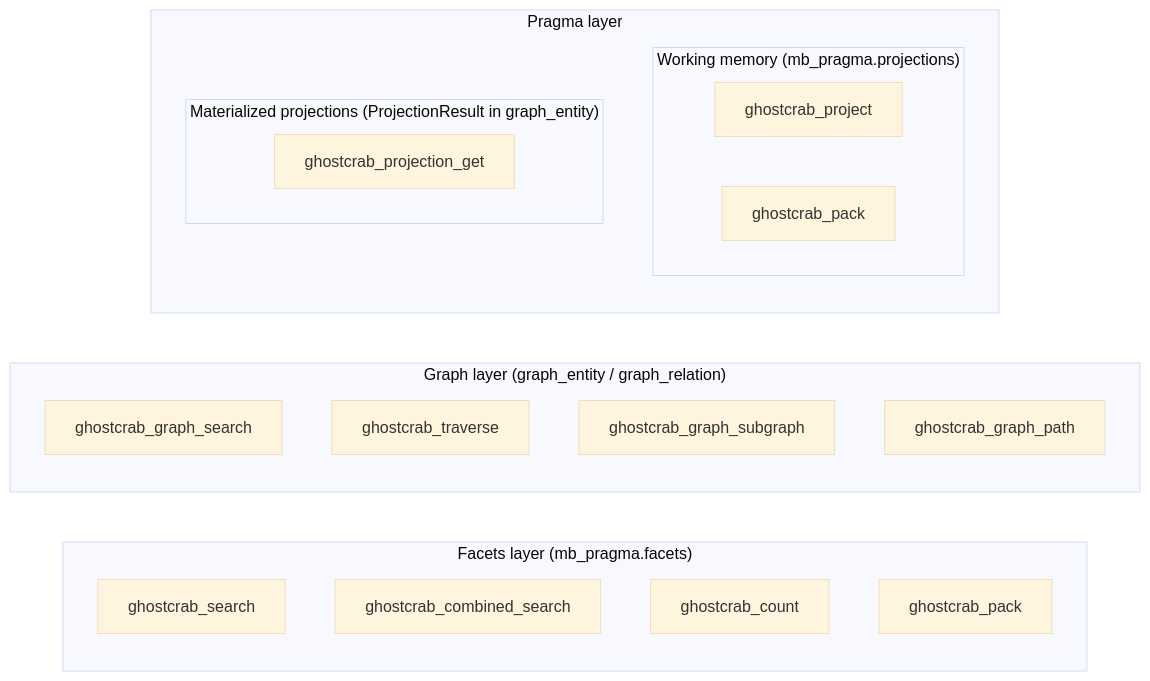
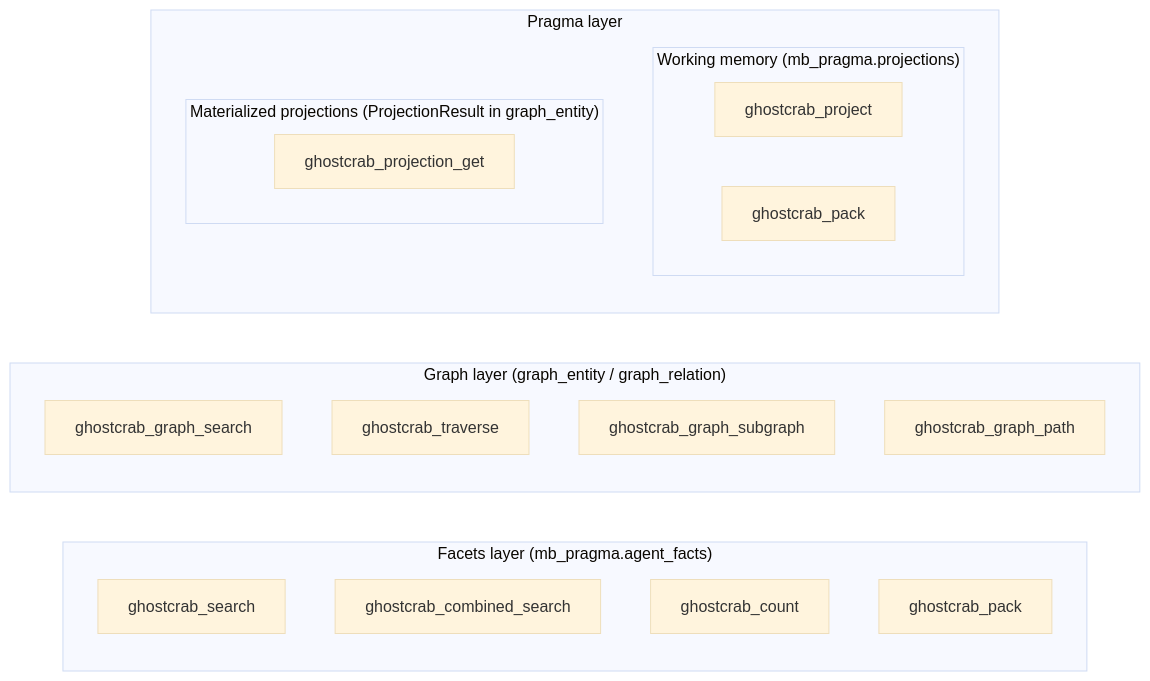
The diagram in docs/methodology/ghostcrab-query-layers.md (mindflight-orchestrator/ghostcrab-personal-mcp), drawn with Mermaid (base theme) before and after one commit. The commit also changed other lines of this file and 34 other files, not shown here.

First line of the commit message:
Rename facets table to agent_facts and add architecture guide.

````diff
--- a/docs/methodology/ghostcrab-query-layers.md
+++ b/docs/methodology/ghostcrab-query-layers.md
@@ -9,27 +9,27 @@
 ```mermaid
 flowchart LR
-  subgraph facetsLayer ["Facets layer (mb_pragma.facets)"]
+  subgraph facetsLayer ["Facets layer (mb_pragma.agent_facts)"]
     S[ghostcrab_search]
     CS[ghostcrab_combined_search]
     C[ghostcrab_count]
     PK[ghostcrab_pack]
   end
   subgraph graphLayer ["Graph layer (graph_entity / graph_relation)"]
     GS[ghostcrab_graph_search]
     T[ghostcrab_traverse]
     SG[ghostcrab_graph_subgraph]
     GP[ghostcrab_graph_path]
   end
   subgraph pragmaLayer ["Pragma layer"]
     PJ[ghostcrab_project]
     PK2[ghostcrab_pack]
     PG[ghostcrab_projection_get]
     subgraph wm ["Working memory (mb_pragma.projections)"]
       PJ
       PK2
     end
     subgraph mat ["Materialized projections (ProjectionResult in graph_entity)"]
       PG
     end
   end
 ```
````
